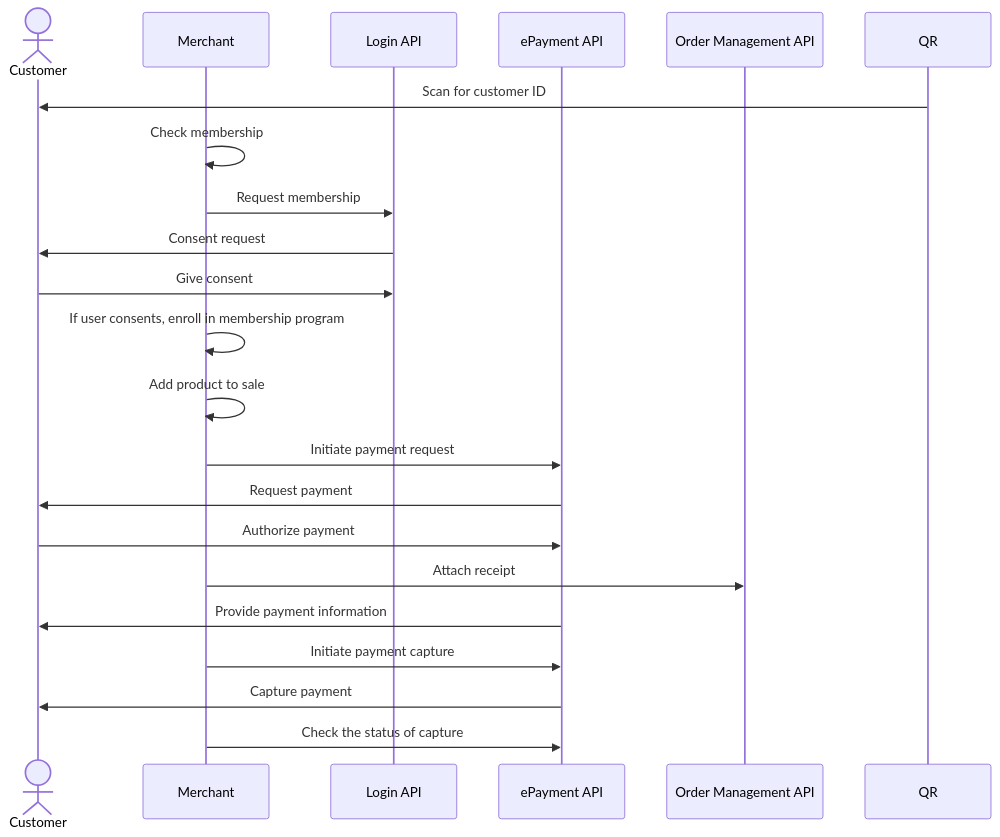
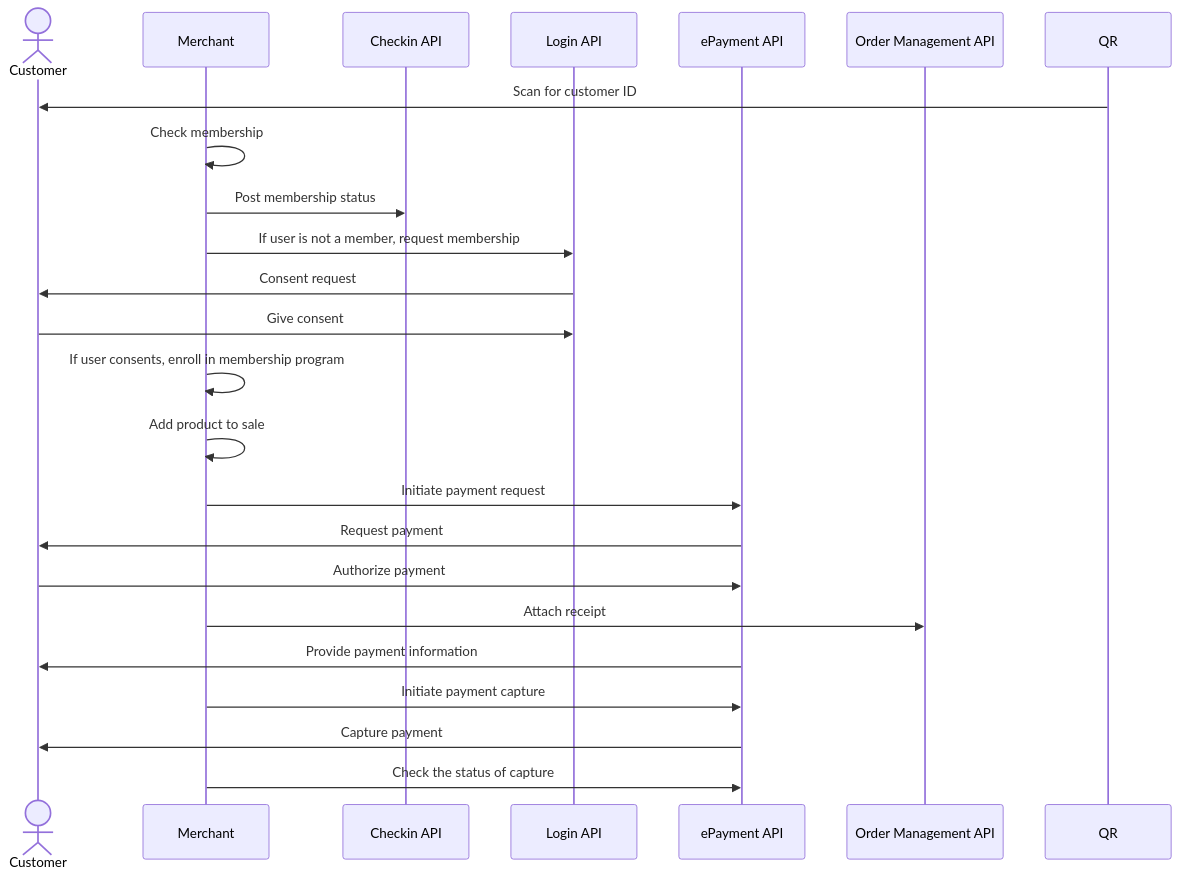
The diagram in loyalty-in-pos/README.md (vippsas/vipps-solutions), drawn with Mermaid before and after one commit. The commit also changed other lines of this file, not shown here.

Commit message:
WE-594 Edit the loyalty in pos documentation for the checkin api flow. (Author: Annemsa75)

````diff
--- a/loyalty-in-pos/README.md
+++ b/loyalty-in-pos/README.md
@@ -176,24 +173,26 @@
 ``` mermaid
 sequenceDiagram
     actor C as Customer
     participant M as Merchant
+    participant checkin as Checkin API
     participant login as Login API
     participant ePayment as ePayment API
     participant ordermanagement as Order Management API
 
     QR->>C: Scan for customer ID
     M->>M: Check membership
-    M->>login: Request membership
+    M->>checkin: Post membership status
+    M->>login: If user is not a member, request membership
     login->>C: Consent request
     C->>login: Give consent
     M->>M: If user consents, enroll in membership program
     M->>M: Add product to sale
     M->>ePayment: Initiate payment request
     ePayment->>C: Request payment
     C->>ePayment: Authorize payment
     M->> ordermanagement: Attach receipt
     ePayment->>C: Provide payment information
     M->>ePayment: Initiate payment capture
     ePayment->>C: Capture payment
     M->>ePayment: Check the status of capture
 ```
````
